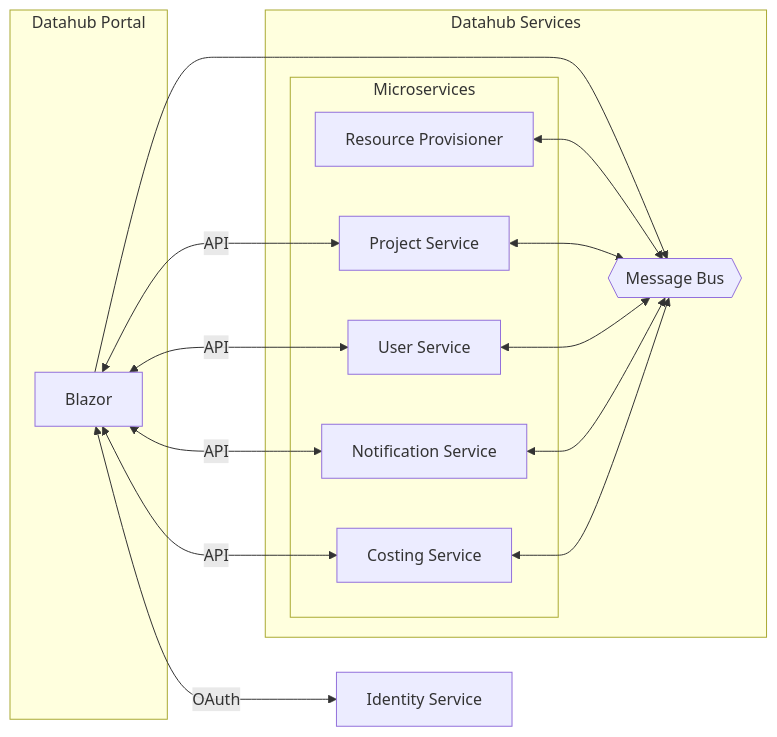
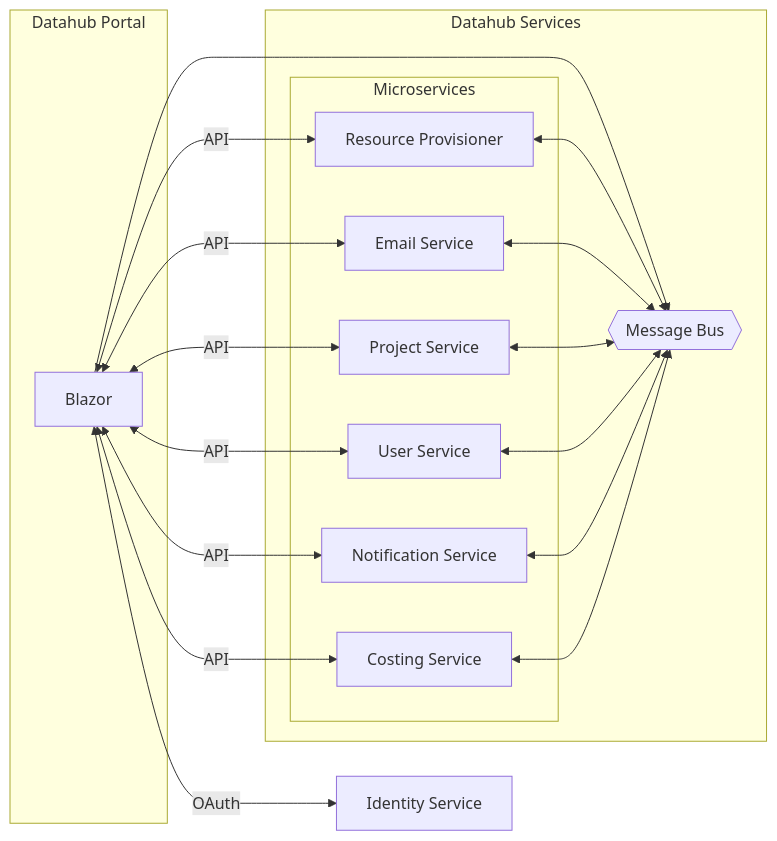
The second of 2 diagrams in DeveloperGuide/Architecture/Microservice_Architecture.md (ssc-sp/datahub-docs), drawn with Mermaid before and after one commit. The commit also changed other lines of this file, not shown here.

````diff
--- a/DeveloperGuide/Architecture/Microservice_Architecture.md
+++ b/DeveloperGuide/Architecture/Microservice_Architecture.md
@@ -44,42 +46,47 @@
 ```mermaid
 flowchart LR
     B[Blazor]
     N[Notification Service]
+    E[Email Service]
     I[Identity Service]
     U[User Service]
     P[Project Service]
     R[Resource Provisioner]
     C[Costing Service]
     M{{Message Bus}}
 
 
     B <--> |OAuth| I
     B <--> |API| U
     B <--> |API| P
     B <--> |API| N
     B <--> |API| C
+    B <--> |API| E
+    B <--> |API| R
 
     B --> M
 
     R <--> M
+    E <--> M
     P <--> M
     U <--> M
     N <--> M
     C <--> M
 
     subgraph Datahub Portal
             B
         end
 
     subgraph Datahub Services
         M
         subgraph Microservices
             U
             P
             R
             N
             C
+            E
         end
     end
 
 ```
````
